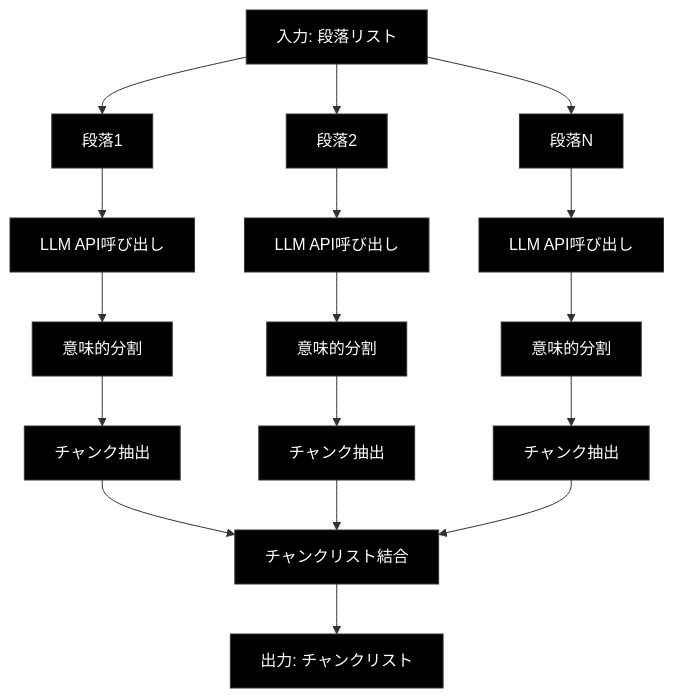
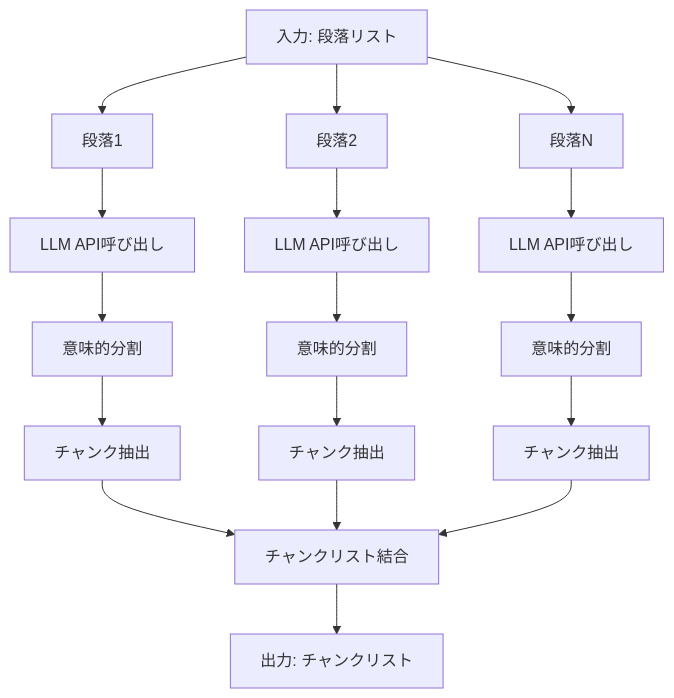
The second of 2 diagrams in chunking/doc/step2.md (nakashima2toshio/gemini_grace_agent), drawn with Mermaid before and after one commit. The commit also changed other lines of this file and 26 other files, not shown here.

````diff
--- a/chunking/doc/step2.md
+++ b/chunking/doc/step2.md
@@ -74,40 +55,24 @@
 ```mermaid
 graph TD
     A[入力: 段落リスト] --> B[段落1]
     A --> C[段落2]
     A --> D[段落N]
 
     B --> E[LLM API呼び出し]
     C --> F[LLM API呼び出し]
     D --> G[LLM API呼び出し]
 
     E --> H[意味的分割]
     F --> I[意味的分割]
     G --> J[意味的分割]
 
     H --> K[チャンク抽出]
     I --> L[チャンク抽出]
     J --> M[チャンク抽出]
 
     K --> N[チャンクリスト結合]
     L --> N
     M --> N
 
     N --> O[出力: チャンクリスト]
-
-    style A fill:#000000,stroke:#333333,color:#ffffff
-    style B fill:#000000,stroke:#333333,color:#ffffff
-    style C fill:#000000,stroke:#333333,color:#ffffff
-    style D fill:#000000,stroke:#333333,color:#ffffff
-    style E fill:#000000,stroke:#333333,color:#ffffff
-    style F fill:#000000,stroke:#333333,color:#ffffff
-    style G fill:#000000,stroke:#333333,color:#ffffff
-    style H fill:#000000,stroke:#333333,color:#ffffff
-    style I fill:#000000,stroke:#333333,color:#ffffff
-    style J fill:#000000,stroke:#333333,color:#ffffff
-    style K fill:#000000,stroke:#333333,color:#ffffff
-    style L fill:#000000,stroke:#333333,color:#ffffff
-    style M fill:#000000,stroke:#333333,color:#ffffff
-    style N fill:#000000,stroke:#333333,color:#ffffff
-    style O fill:#000000,stroke:#333333,color:#ffffff
 ```
````
